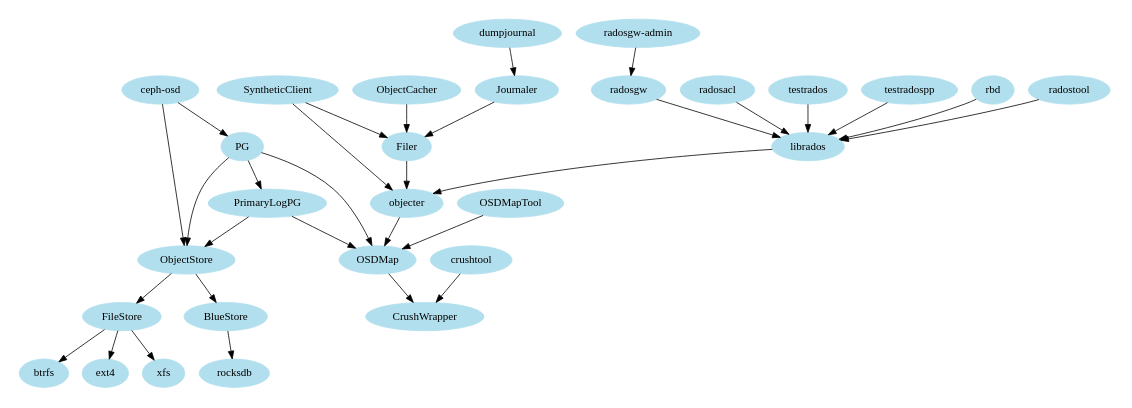
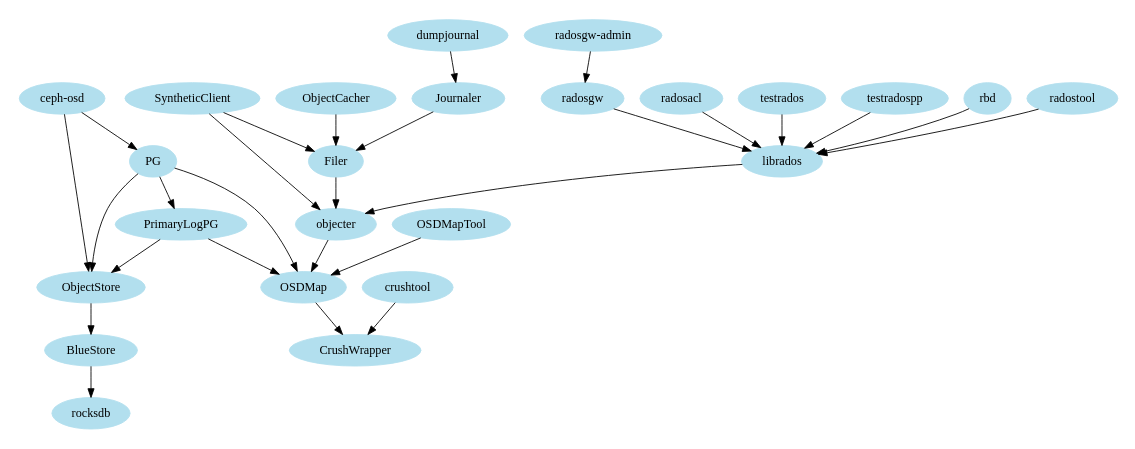
Before and after one commit to openkylin/ceph: the diagram in doc/dev/object-store.rst, drawn with Graphviz. The commit also changed 67519 other files, not shown here.

```diff
--- a/doc/dev/object-store.rst
+++ b/doc/dev/object-store.rst
@@ -5,63 +5,54 @@
 .. graphviz::
 
-  /*
-   * Rough outline of object store module dependencies
-   */
-
-  digraph object_store {
+   digraph object_store {
     size="7,7";
     node [color=lightblue2, style=filled, fontname="Serif"];
 
     "testrados" -> "librados"
     "testradospp" -> "librados"
 
     "rbd" -> "librados"
 
     "radostool" -> "librados"
 
     "radosgw-admin" -> "radosgw"
 
     "radosgw" -> "librados"
 
     "radosacl" -> "librados"
 
     "librados" -> "objecter"
 
     "ObjectCacher" -> "Filer"
 
     "dumpjournal" -> "Journaler"
 
     "Journaler" -> "Filer"
 
     "SyntheticClient" -> "Filer"
     "SyntheticClient" -> "objecter"
 
     "Filer" -> "objecter"
 
     "objecter" -> "OSDMap"
 
     "ceph-osd" -> "PG"
     "ceph-osd" -> "ObjectStore"
 
     "crushtool" -> "CrushWrapper"
 
     "OSDMap" -> "CrushWrapper"
 
     "OSDMapTool" -> "OSDMap"
 
     "PG" -> "PrimaryLogPG"
     "PG" -> "ObjectStore"
     "PG" -> "OSDMap"
 
     "PrimaryLogPG" -> "ObjectStore"
     "PrimaryLogPG" -> "OSDMap"
 
-    "ObjectStore" -> "FileStore"
     "ObjectStore" -> "BlueStore"
 
     "BlueStore" -> "rocksdb"
-
-    "FileStore" -> "xfs"
-    "FileStore" -> "btrfs"
-    "FileStore" -> "ext4"
   }
```
